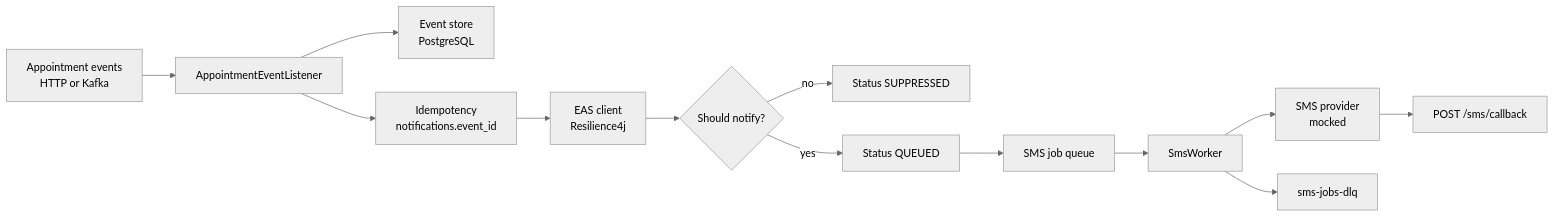
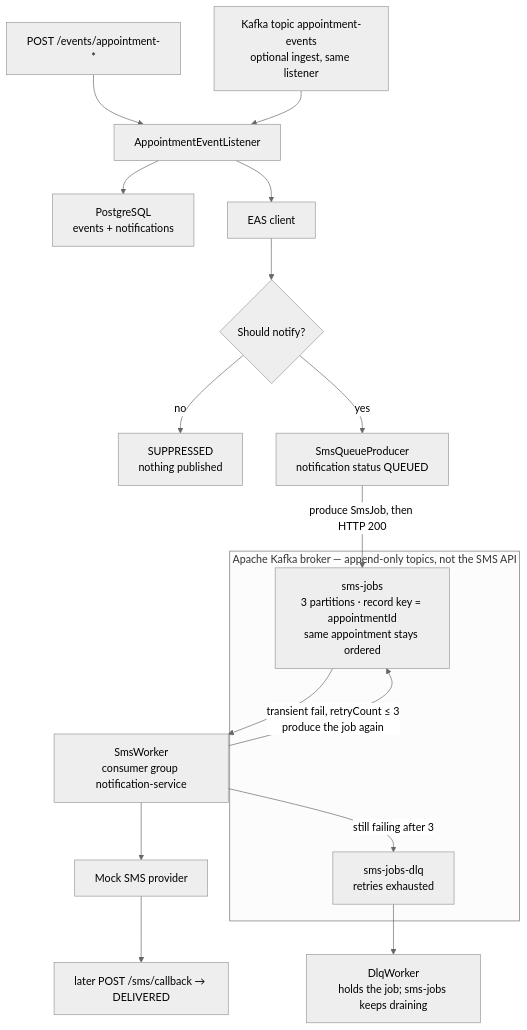
Before and after one commit to kelleyrobinson27/thunderyard: the diagram in README.md, drawn with Mermaid (neutral theme). The commit also changed other lines of this file, not shown here.

````diff
--- a/README.md
+++ b/README.md
@@ -18,15 +20,23 @@
 ```mermaid
-flowchart LR
-  EventBus["Appointment events<br/>HTTP or Kafka"] --> Listener["AppointmentEventListener"]
-  Listener --> Store["Event store<br/>PostgreSQL"]
-  Listener --> Idempotency["Idempotency<br/>notifications.event_id"]
-  Idempotency --> EAS["EAS client<br/>Resilience4j"]
+flowchart TB
+  HTTP["POST /events/appointment-*"] --> Listener["AppointmentEventListener"]
+  Bus["Kafka topic appointment-events<br/>optional ingest, same listener"] --> Listener
+  Listener --> Store["PostgreSQL<br/>events + notifications"]
+  Listener --> EAS["EAS client"]
   EAS --> Decide{"Should notify?"}
-  Decide -->|no| Suppressed["Status SUPPRESSED"]
-  Decide -->|yes| Queued["Status QUEUED"]
-  Queued --> SmsQueue["SMS job queue"]
-  SmsQueue --> SmsWorker["SmsWorker"]
-  SmsWorker --> Provider["SMS provider<br/>mocked"]
-  SmsWorker --> DLQ["sms-jobs-dlq"]
-  Provider --> Callback["POST /sms/callback"]
+  Decide -->|no| Suppressed["SUPPRESSED<br/>nothing published"]
+  Decide -->|yes| Producer["SmsQueueProducer<br/>notification status QUEUED"]
+
+  subgraph Broker["Apache Kafka broker — append-only topics, not the SMS API"]
+    Jobs["sms-jobs<br/>3 partitions · record key = appointmentId<br/>same appointment stays ordered"]
+    DLQ["sms-jobs-dlq<br/>retries exhausted"]
+  end
+
+  Producer -->|"produce SmsJob, then HTTP 200"| Jobs
+  Jobs --> Worker["SmsWorker<br/>consumer group notification-service"]
+  Worker --> Provider["Mock SMS provider"]
+  Worker -->|"transient fail, retryCount ≤ 3<br/>produce the job again"| Jobs
+  Worker -->|"still failing after 3"| DLQ
+  DLQ --> DlqWorker["DlqWorker<br/>holds the job; sms-jobs keeps draining"]
+  Provider --> Callback["later POST /sms/callback → DELIVERED"]
 ```
````
